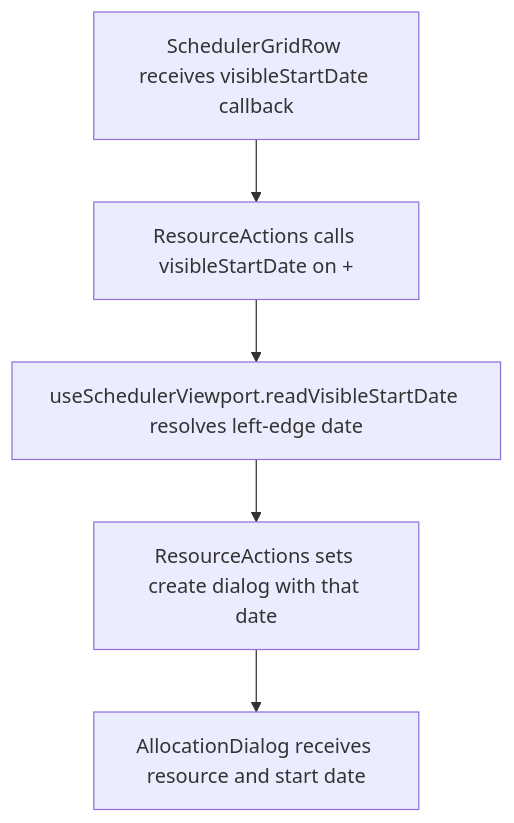
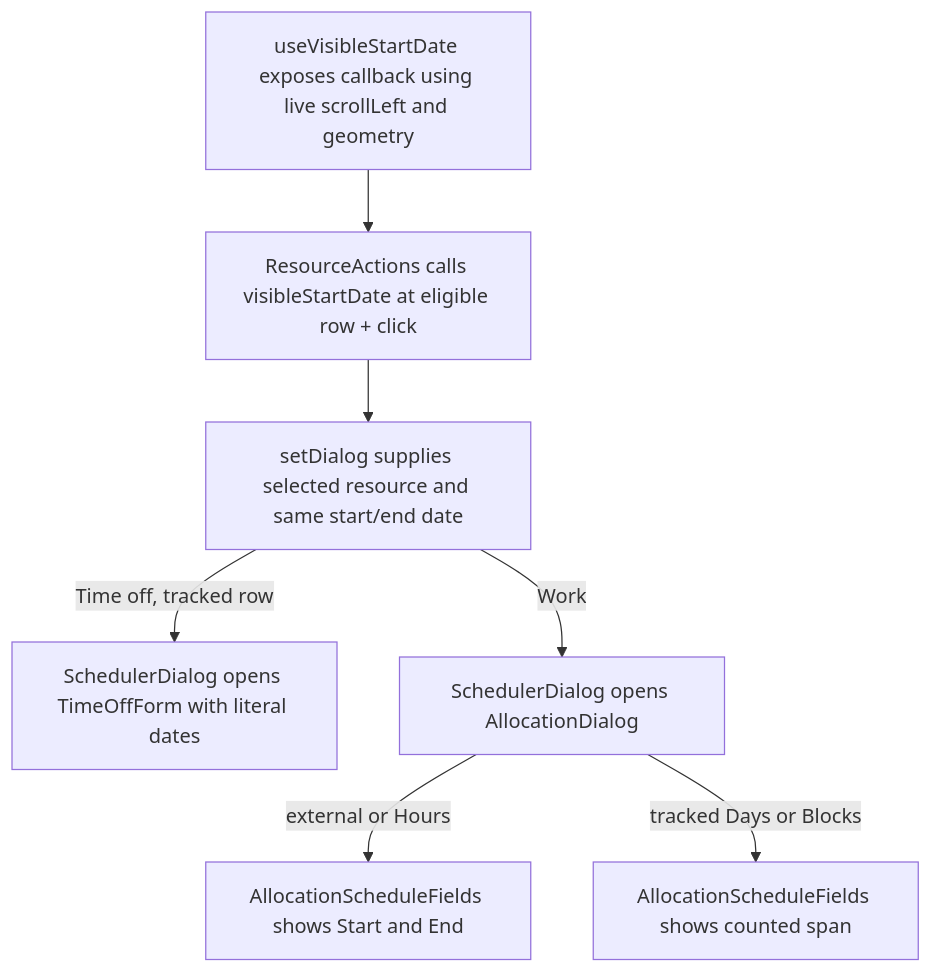
The second of 2 diagrams in user-stories/scheduler/US-SCH-18-quick-create-visible-window.md (Kevinjohn/capacitylens), drawn with Mermaid before and after one commit. The commit also changed other lines of this file and 172 other files, not shown here.

Commit message:
docs: reconcile user story code flows with source

````diff
--- a/user-stories/scheduler/US-SCH-18-quick-create-visible-window.md
+++ b/user-stories/scheduler/US-SCH-18-quick-create-visible-window.md
@@ -32,7 +32,9 @@
 ```mermaid
 flowchart TD
-  A["SchedulerGridRow receives visibleStartDate callback"] --> B["ResourceActions calls visibleStartDate on +"]
-  B --> C["useSchedulerViewport.readVisibleStartDate resolves left-edge date"]
-  C --> D["ResourceActions sets create dialog with that date"]
-  D --> E["AllocationDialog receives resource and start date"]
+  Scroll["useVisibleStartDate exposes callback using live scrollLeft and geometry"] --> Click["ResourceActions calls visibleStartDate at eligible row + click"]
+  Click --> Seed["setDialog supplies selected resource and same start/end date"]
+  Seed -->|Time off, tracked row| Off["SchedulerDialog opens TimeOffForm with literal dates"]
+  Seed -->|Work| Work["SchedulerDialog opens AllocationDialog"]
+  Work -->|external or Hours| Dates["AllocationScheduleFields shows Start and End"]
+  Work -->|tracked Days or Blocks| Counted["AllocationScheduleFields shows counted span"]
 ```
````
